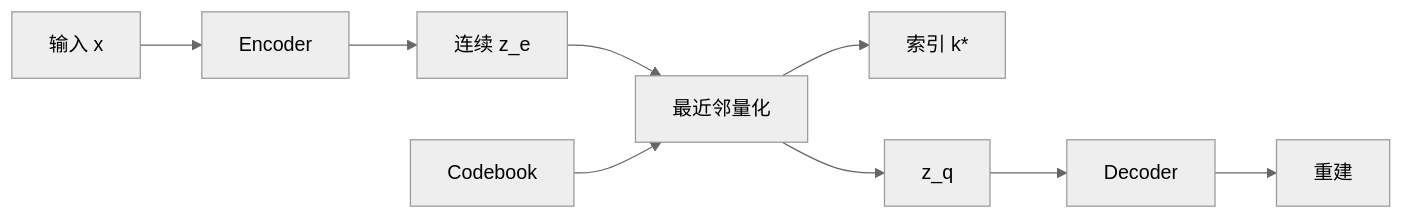
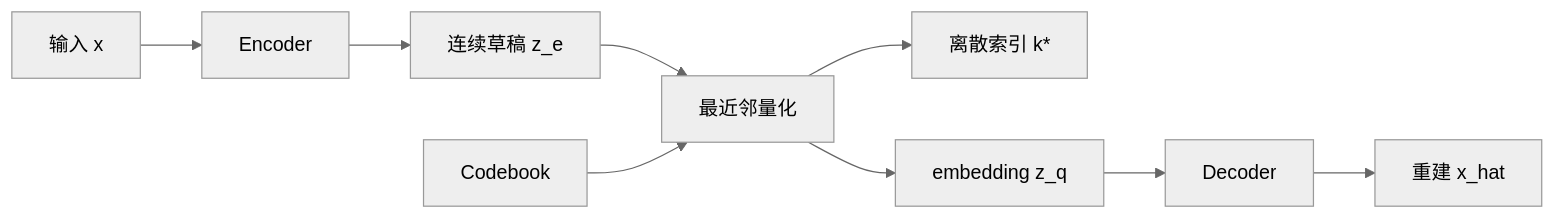
One commit to hundredthtree-OvO/EmbodiedCard changed the first of 3 diagrams in representations/latent/VQ-VAE.md. Above: the diagram before and after it, drawn with Mermaid (neutral theme). The commit also changed other lines of this file and 8 other files, not shown here.

````diff
--- a/representations/latent/VQ-VAE.md
+++ b/representations/latent/VQ-VAE.md
@@ -62,11 +79,11 @@
 ```mermaid
 flowchart LR
     X["输入 x"] --> E["Encoder"]
-    E --> ZE["连续 z_e"]
+    E --> ZE["连续草稿 z_e"]
     ZE --> Q["最近邻量化"]
     C["Codebook"] --> Q
-    Q --> I["索引 k*"]
-    Q --> ZQ["z_q"]
+    Q --> I["离散索引 k*"]
+    Q --> ZQ["embedding z_q"]
     ZQ --> D["Decoder"]
-    D --> R["重建"]
+    D --> R["重建 x_hat"]
 ```
````
